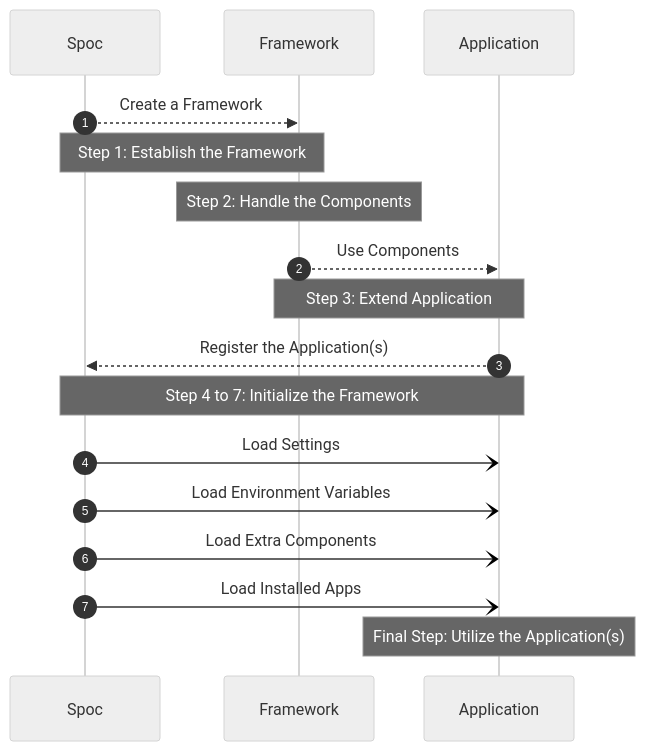
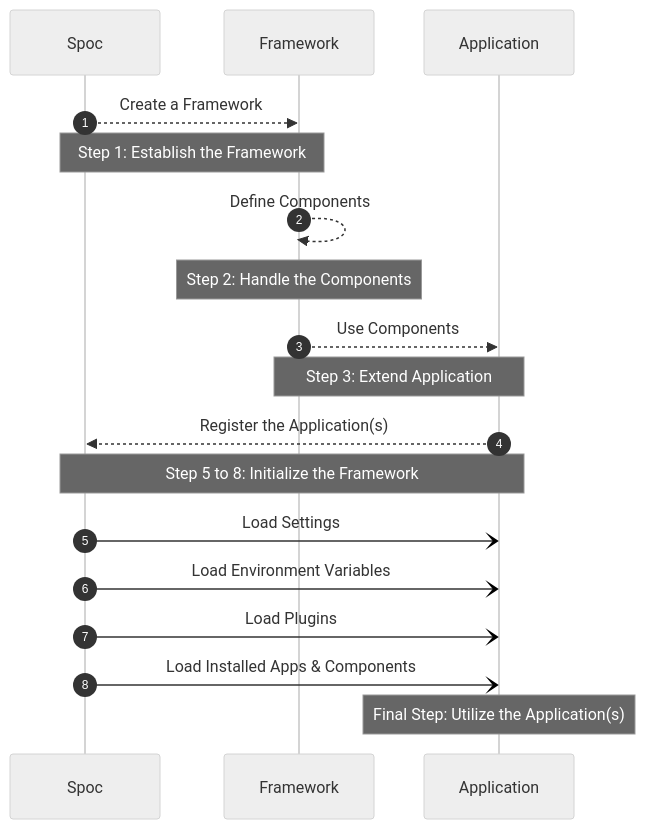
One commit to hlop3z/spoc changed the second of 2 diagrams in docs/docs/index.md. Above: the diagram before and after it, drawn with Mermaid (neutral theme). The commit also changed other lines of this file and 43 other files, not shown here.

````diff
--- a/docs/docs/index.md
+++ b/docs/docs/index.md
@@ -32,21 +58,22 @@
 ```mermaid
 sequenceDiagram
 autonumber
     Spoc -->> Framework: Create a Framework
     Note over Spoc,Framework: Step 1: Establish the Framework
 
+    Framework -->> Framework: Define Components
     Note over Framework,Framework: Step 2: Handle the Components
 
     Framework -->> Application: Use Components
     Note over Framework,Application: Step 3: Extend Application
 
     Application -->> Spoc: Register the Application(s)
-    Note over Spoc,Application: Step 4 to 7: Initialize the Framework
+    Note over Spoc,Application: Step 5 to 8: Initialize the Framework
 
     Spoc -) Application: Load Settings
     Spoc -) Application: Load Environment Variables
-    Spoc -) Application: Load Extra Components
-    Spoc -) Application: Load Installed Apps
+    Spoc -) Application: Load Plugins
+    Spoc -) Application: Load Installed Apps & Components
 
     Note over Application: Final Step: Utilize the Application(s)
 ```
````
